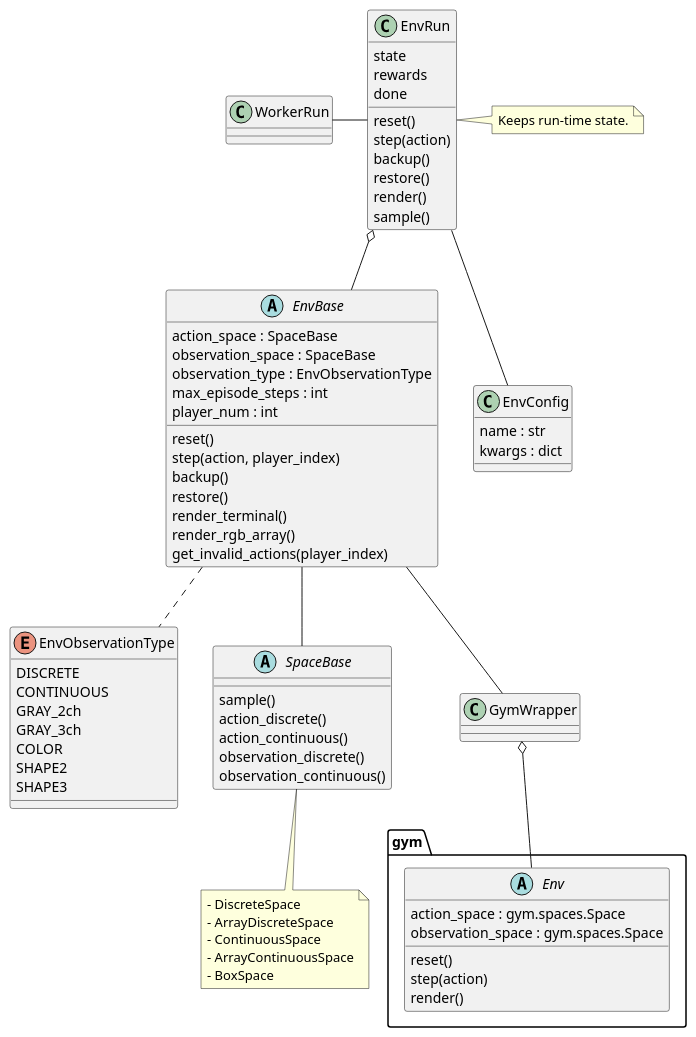
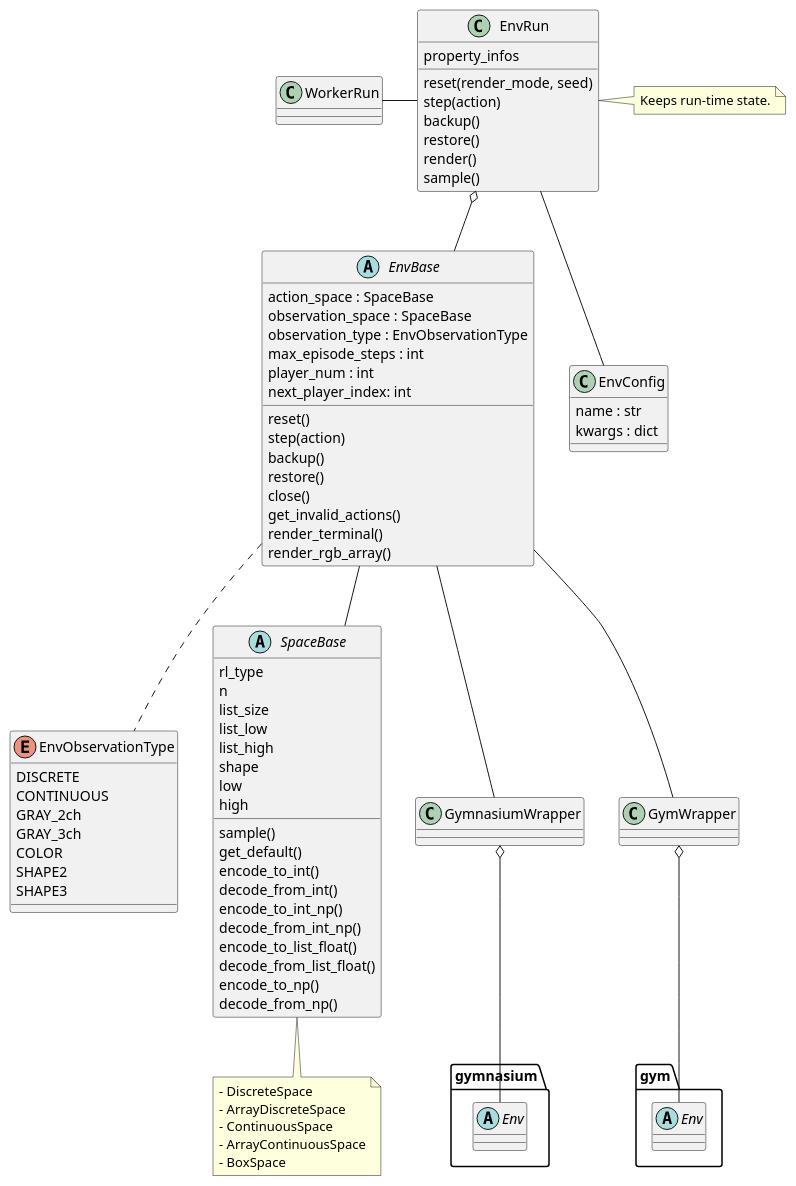
One commit to pocokhc/simple_distributed_rl changed the diagram in diagrams/class_env.pu. Above: the diagram before and after it, drawn with PlantUML. The commit also changed 4 other files, not shown here.

Commit message:
docs[diagrams]:class diagram update

```diff
--- a/diagrams/class_env.pu
+++ b/diagrams/class_env.pu
@@ -1,97 +1,104 @@
 @startuml class_env
 
 enum EnvObservationType {
     DISCRETE
     CONTINUOUS
     GRAY_2ch
     GRAY_3ch
     COLOR
     SHAPE2
     SHAPE3
 }
 
 
 abstract SpaceBase {
     sample()
-    action_discrete()
-    action_continuous()
-    observation_discrete()
-    observation_continuous()
+    get_default()
+    rl_type
+    n
+    encode_to_int()
+    decode_from_int()
+    encode_to_int_np()
+    decode_from_int_np()
+    list_size
+    list_low
+    list_high
+    encode_to_list_float()
+    decode_from_list_float()
+    shape
+    low
+    high
+    encode_to_np()
+    decode_from_np()
 }
+
 
 note as SpaceMemo
 - DiscreteSpace
 - ArrayDiscreteSpace
 - ContinuousSpace
 - ArrayContinuousSpace
 - BoxSpace
 end note
 
 SpaceBase <|-- SpaceMemo
 
 
 abstract EnvBase {
     action_space : SpaceBase
     observation_space : SpaceBase
     observation_type : EnvObservationType
     max_episode_steps : int
     player_num : int
     reset()
-    step(action, player_index)
+    step(action)
+    next_player_index: int
     backup()
     restore()
+    close()
+    get_invalid_actions()
     render_terminal()
     render_rgb_array()
-    get_invalid_actions(player_index)
 } 
 
 EnvBase .. EnvObservationType
 EnvBase -- SpaceBase
 
-
-abstract gym.Env {
-    action_space : gym.spaces.Space
-    observation_space : gym.spaces.Space
-    reset()
-    step(action)
-    render()
-}
+abstract gymnasium.Env {}
+abstract gym.Env {}
+class GymnasiumWrapper {}
 class GymWrapper {}
 
+GymnasiumWrapper o-- gymnasium.Env
 GymWrapper o-- gym.Env
+EnvBase -- GymnasiumWrapper
 EnvBase -- GymWrapper
-
-abstract SpaceBase {
-
-}
 
 
 class EnvRun {
-    state
-    rewards
-    done
-    reset()
+    reset(render_mode, seed)
     step(action)
     backup()
     restore()
     render()
     sample()
+    property_infos
 }
 EnvRun o-- EnvBase
 
 note "Keeps run-time state." as EnvRunMemo
 EnvRun . EnvRunMemo
 
 
 class EnvConfig {
     name : str
     kwargs : dict
 }
 EnvRun -- EnvConfig
 
 
 class WorkerRun {}
 WorkerRun - EnvRun
 
 
 @enduml
```
